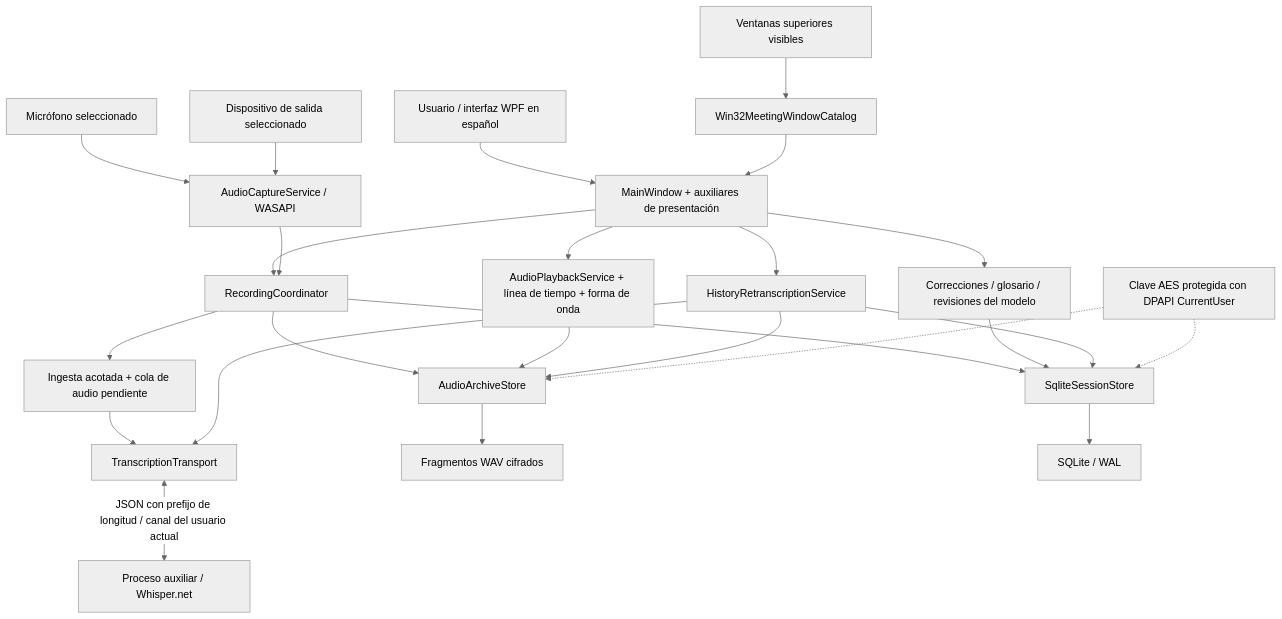
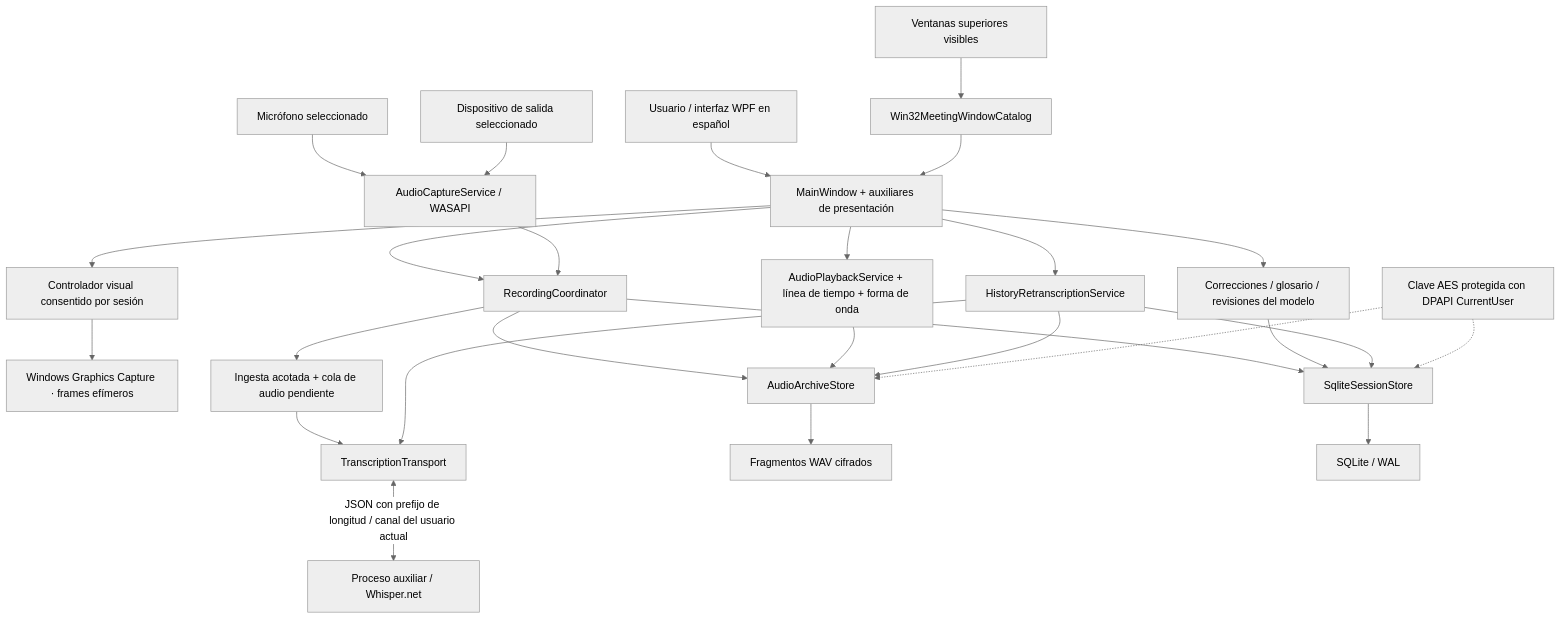
One commit to Andres-MMG/Trazio-Asistente-Reunion changed the first of 2 diagrams in docs/architecture.md. Above: the diagram before and after it, drawn with Mermaid (neutral theme). The commit also changed other lines of this file and 7 other files, not shown here.

Commit message:
docs(stage7): record visual capture baseline

````diff
--- a/docs/architecture.md
+++ b/docs/architecture.md
@@ -9,27 +9,29 @@
 ```mermaid
 flowchart TB
     User["Usuario / interfaz WPF en español"] --> UI["MainWindow + auxiliares de presentación"]
     Windows["Ventanas superiores visibles"] --> Catalog["Win32MeetingWindowCatalog"]
     Catalog --> UI
+    UI --> Visual["Controlador visual consentido por sesión"]
+    Visual --> WGC["Windows Graphics Capture · frames efímeros"]
     UI --> RC["RecordingCoordinator"]
     Mic["Micrófono seleccionado"] --> Capture["AudioCaptureService / WASAPI"]
     Output["Dispositivo de salida seleccionado"] --> Capture
     Capture --> RC
     RC --> Queue["Ingesta acotada + cola de audio pendiente"]
     Queue --> Transport["TranscriptionTransport"]
     Transport <-->|"JSON con prefijo de longitud / canal del usuario actual"| Worker["Proceso auxiliar / Whisper.net"]
     RC --> DB["SqliteSessionStore"]
     RC --> Archive["AudioArchiveStore"]
     UI --> Review["Correcciones / glosario / revisiones del modelo"]
     Review --> DB
     UI --> Player["AudioPlaybackService + línea de tiempo + forma de onda"]
     Player --> Archive
     UI --> Retranscribe["HistoryRetranscriptionService"]
     Retranscribe --> Archive
     Retranscribe --> Transport
     Retranscribe --> DB
     Archive --> Files["Fragmentos WAV cifrados"]
     DB --> SQLite["SQLite / WAL"]
     Key["Clave AES protegida con DPAPI CurrentUser"] -.-> DB
     Key -.-> Archive
 ```
````
